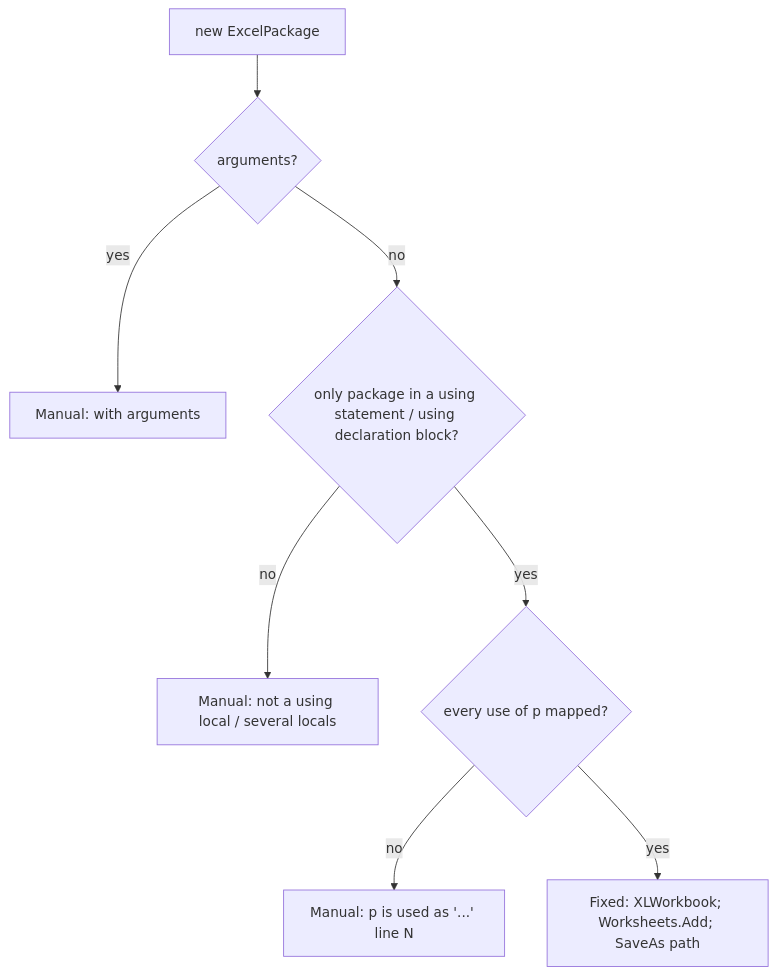
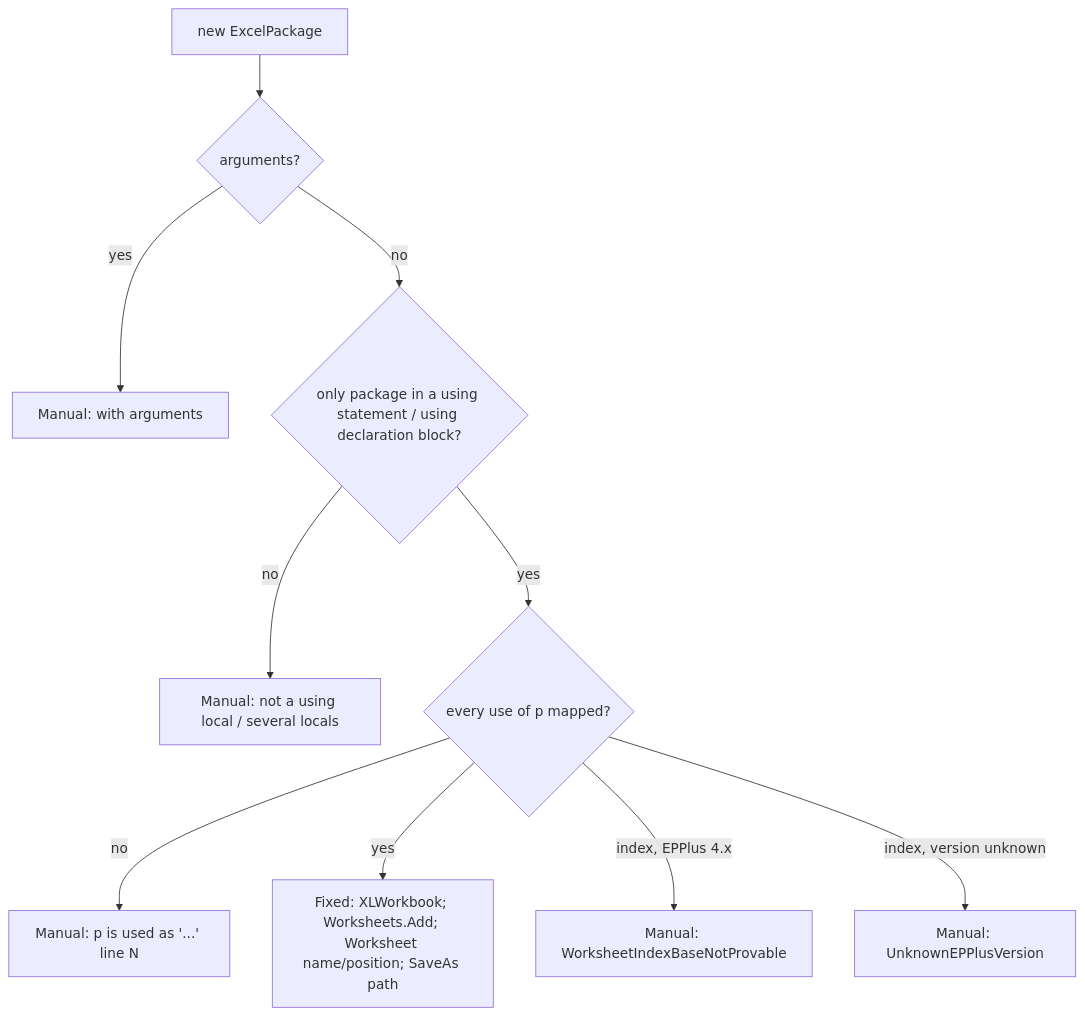
Before and after one commit to ATkingma/unshackle: the third of 3 diagrams in docs/projectinfo/patterns/epplus-package-modellen.md, drawn with Mermaid. The commit also changed other lines of this file and 5 other files, not shown here.

Commit message:
TAAK-309 queue row 3 and E9: worksheet lookups, worksheet locals and plain package locals in epplus.package

````diff
--- a/docs/projectinfo/patterns/epplus-package-modellen.md
+++ b/docs/projectinfo/patterns/epplus-package-modellen.md
@@ -46,10 +46,12 @@
 ```mermaid
 flowchart TD
     A[new ExcelPackage] --> B{arguments?}
     B -- yes --> M1[Manual: with arguments]
     B -- no --> C{only package in a using statement / using declaration block?}
     C -- no --> M2[Manual: not a using local / several locals]
     C -- yes --> D{every use of p mapped?}
     D -- no --> M3[Manual: p is used as '...' line N]
-    D -- yes --> F[Fixed: XLWorkbook; Worksheets.Add; SaveAs path]
+    D -- yes --> F[Fixed: XLWorkbook; Worksheets.Add; Worksheet name/position; SaveAs path]
+    D -- index, EPPlus 4.x --> M4[Manual: WorksheetIndexBaseNotProvable]
+    D -- index, version unknown --> M5[Manual: UnknownEPPlusVersion]
 ```
````
